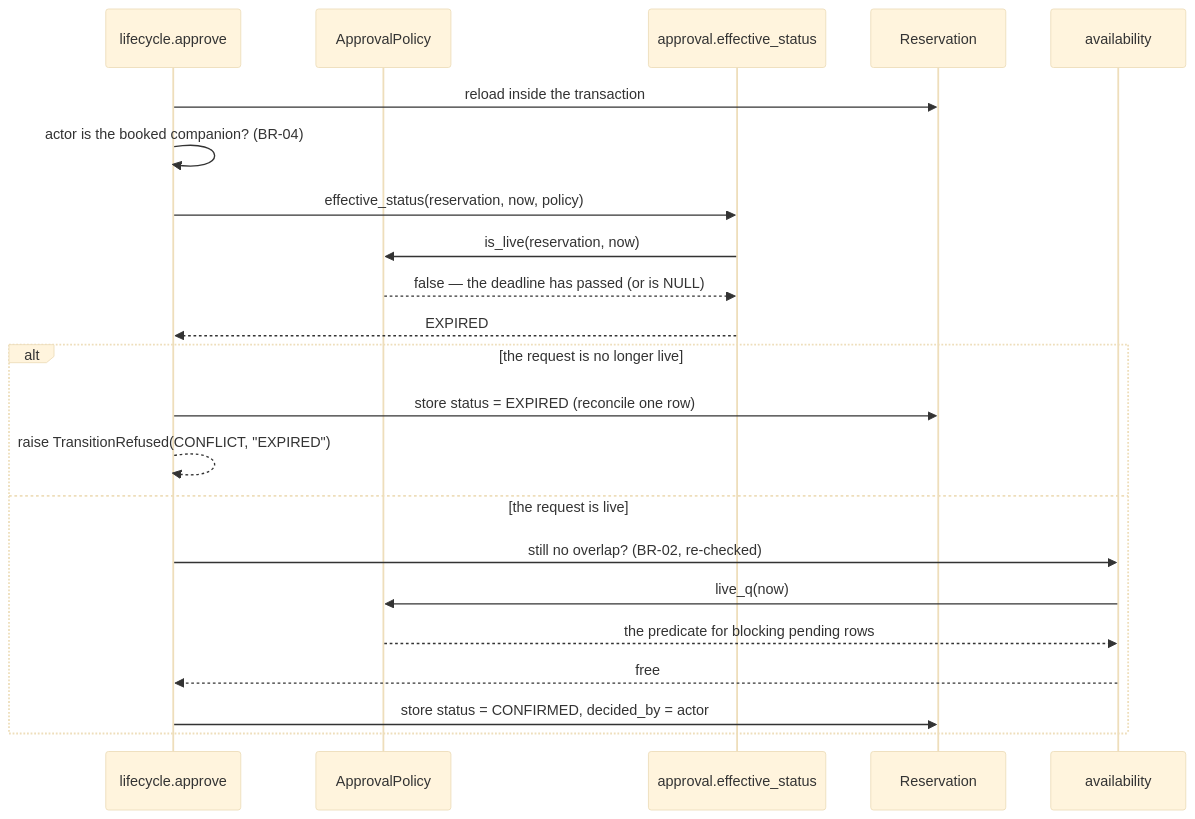
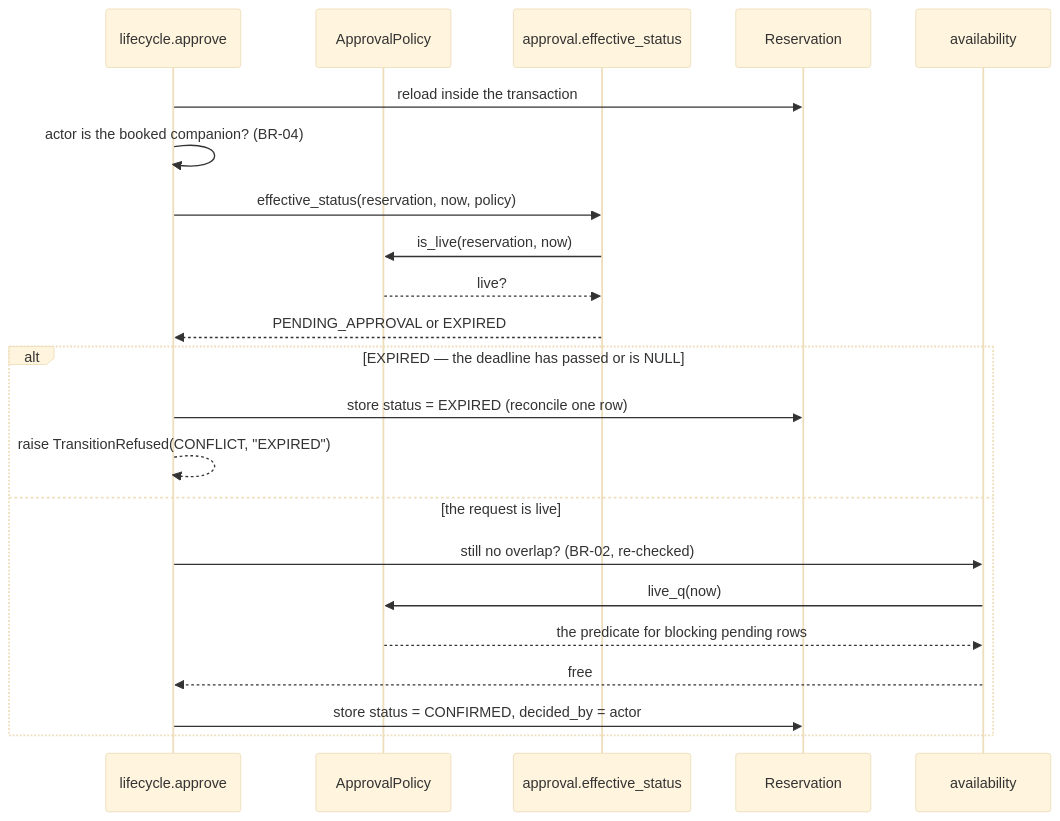
One commit to palcat13/SWI-Projekt changed the tenth of 10 diagrams in docs/architecture-and-decisions.md. Above: the diagram before and after it, drawn with Mermaid (base theme). The commit also changed other lines of this file and 11 other files, not shown here.

````diff
--- a/docs/architecture-and-decisions.md
+++ b/docs/architecture-and-decisions.md
@@ -1167,26 +1272,26 @@
 ```mermaid
 sequenceDiagram
   participant L as lifecycle.approve
   participant P as ApprovalPolicy
   participant A as approval.effective_status
   participant R as Reservation
   participant AV as availability
 
   L->>R: reload inside the transaction
   L->>L: actor is the booked companion? (BR-04)
   L->>A: effective_status(reservation, now, policy)
   A->>P: is_live(reservation, now)
-  P-->>A: false — the deadline has passed (or is NULL)
-  A-->>L: EXPIRED
+  P-->>A: live?
+  A-->>L: PENDING_APPROVAL or EXPIRED
 
-  alt the request is no longer live
+  alt EXPIRED — the deadline has passed or is NULL
     L->>R: store status = EXPIRED (reconcile one row)
     L-->>L: raise TransitionRefused(CONFLICT, "EXPIRED")
   else the request is live
     L->>AV: still no overlap? (BR-02, re-checked)
     AV->>P: live_q(now)
     P-->>AV: the predicate for blocking pending rows
     AV-->>L: free
     L->>R: store status = CONFIRMED, decided_by = actor
   end
 ```
````
